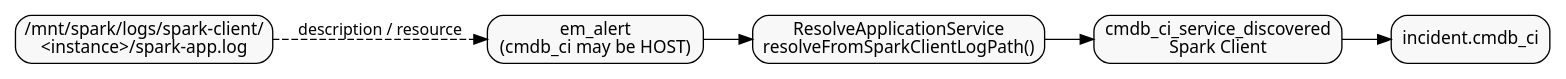
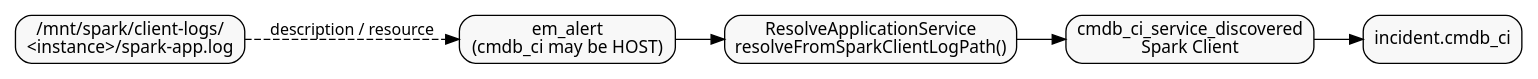
The second of 2 diagrams in servicenow/docs/Log_to_Incident/Log_to_Incident.adoc (gxbrooks/spark-observability), drawn with Graphviz before and after one commit. The commit also changed other lines of this file and 22 other files, not shown here.

First line of the commit message:
Separate Client and Cluster log modes with distinct paths and fields.

```diff
--- a/servicenow/docs/Log_to_Incident/Log_to_Incident.adoc
+++ b/servicenow/docs/Log_to_Incident/Log_to_Incident.adoc
@@ -1304,17 +1311,17 @@
 [graphviz, Incident_Application_Service_correlation_Client_Side]
 ----
 digraph spark_client_incident {
   graph [rankdir=LR splines=true nodesep=0.5 fontname="Noto Sans" fontsize=14]
   node [shape=box style="rounded,filled" fillcolor="#f8f8f8" fontname="Noto Sans" fontsize=13]
   edge [fontname="Noto Sans" fontsize=12]
 
-  LOG [label="/mnt/spark/logs/spark-client/\n<instance>/spark-app.log"]
+  LOG [label="/mnt/spark/client-logs/\n<instance>/spark-app.log"]
   ALERT [label="em_alert\n(cmdb_ci may be HOST)"]
   RES [label="ResolveApplicationService\nresolveFromSparkClientLogPath()"]
   AS [label="cmdb_ci_service_discovered\nSpark Client"]
   INC [label="incident.cmdb_ci"]
 
   LOG -> ALERT [style=dashed label="description / resource"]
   ALERT -> RES -> AS -> INC
 }
 ----
```
